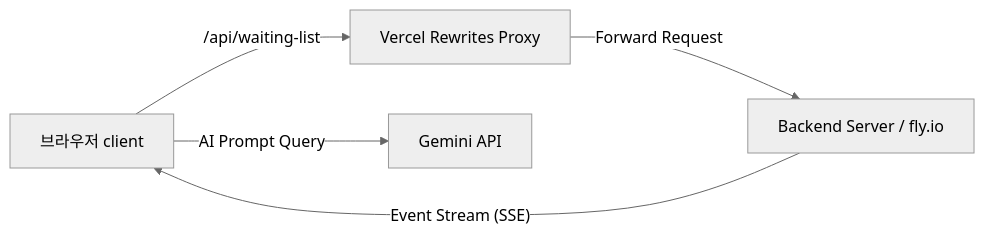
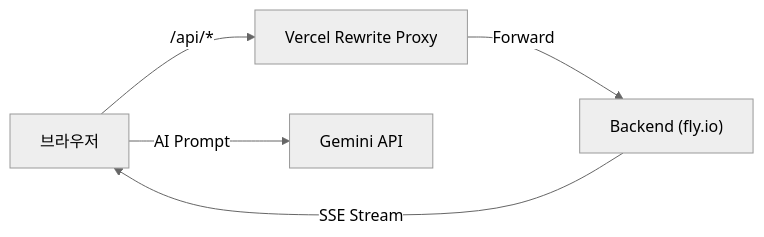
Before and after one commit to Espi8624/yoyaku_mate: the diagram in README.ko.md, drawn with Mermaid (neutral theme). The commit also changed other lines of this file and 17 other files, not shown here.

````diff
--- a/README.ko.md
+++ b/README.ko.md
@@ -65,7 +49,7 @@
 ```mermaid
 graph LR
-    Browser[브라우저 client] -- /api/waiting-list --> Vercel[Vercel Rewrites Proxy]
-    Vercel -- Forward Request --> Server[Backend Server / fly.io]
-    Server -- Event Stream (SSE) --> Browser
-    Browser -- AI Prompt Query --> Gemini[Gemini API]
+    Browser["브라우저"] -->|"/api/*"| Vercel["Vercel Rewrite Proxy"]
+    Vercel -->|"Forward"| Server["Backend (fly.io)"]
+    Server -->|"SSE Stream"| Browser
+    Browser -->|"AI Prompt"| Gemini["Gemini API"]
 ```
````
